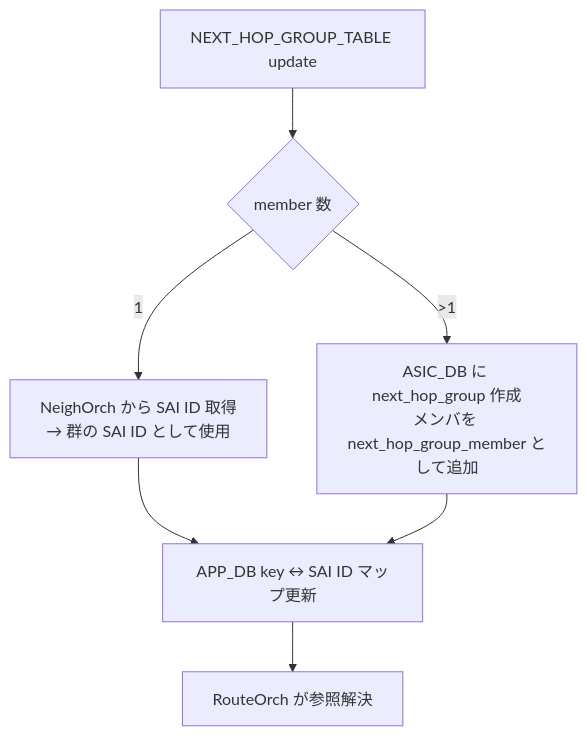
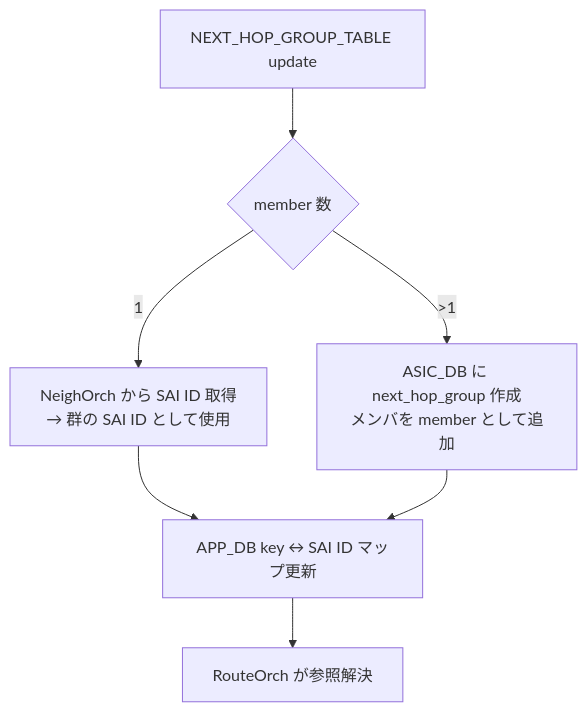
One commit to aoki-taquan/sonic-unofficial-docs changed the diagram in docs/routing/routing-and-next-hop-table-enhancement.md. Above: the diagram before and after it, drawn with Mermaid. The commit also changed other lines of this file and 5 other files, not shown here.

````diff
--- a/docs/routing/routing-and-next-hop-table-enhancement.md
+++ b/docs/routing/routing-and-next-hop-table-enhancement.md
@@ -62,9 +59,9 @@
 ```mermaid
 flowchart TD
   IN[NEXT_HOP_GROUP_TABLE update] --> N{member 数}
-  N -->|1| SINGLE[NeighOrch から SAI ID 取得\n→ 群の SAI ID として使用]
-  N -->|>1| MULTI[ASIC_DB に next_hop_group 作成\nメンバを next_hop_group_member として追加]
+  N -->|1| SINGLE[NeighOrch から SAI ID 取得<br/>→ 群の SAI ID として使用]
+  N -->|>1| MULTI[ASIC_DB に next_hop_group 作成<br/>メンバを member として追加]
   SINGLE --> MAP[APP_DB key ↔ SAI ID マップ更新]
   MULTI --> MAP
   MAP --> RT[RouteOrch が参照解決]
 ```
````
